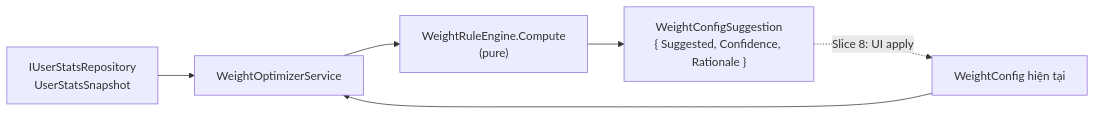
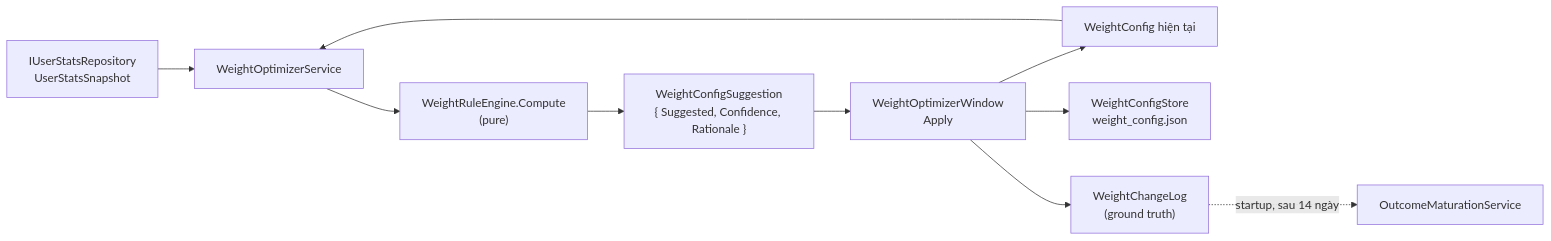
One commit to PotatoMine725/Smart-Study changed the sixth of 6 diagrams in docs/architecture/pipeline.md. Above: the diagram before and after it, drawn with Mermaid. The commit also changed other lines of this file and 116 other files, not shown here.

````diff
--- a/docs/architecture/pipeline.md
+++ b/docs/architecture/pipeline.md
@@ -245,8 +256,12 @@
 ```mermaid
 flowchart LR
     STATS["IUserStatsRepository<br/>UserStatsSnapshot"] --> WOS["WeightOptimizerService"]
     CFG["WeightConfig hiện tại"] --> WOS
     WOS --> WRE["WeightRuleEngine.Compute<br/>(pure)"]
     WRE --> SUG["WeightConfigSuggestion<br/>{ Suggested, Confidence, Rationale }"]
-    SUG -. "Slice 8: UI apply" .-> CFG
+    SUG --> UI["WeightOptimizerWindow<br/>Apply"]
+    UI --> CFG
+    UI --> STORE["WeightConfigStore<br/>weight_config.json"]
+    UI --> GT["WeightChangeLog<br/>(ground truth)"]
+    GT -. "startup, sau 14 ngày" .-> MAT["OutcomeMaturationService"]
 ```
````
